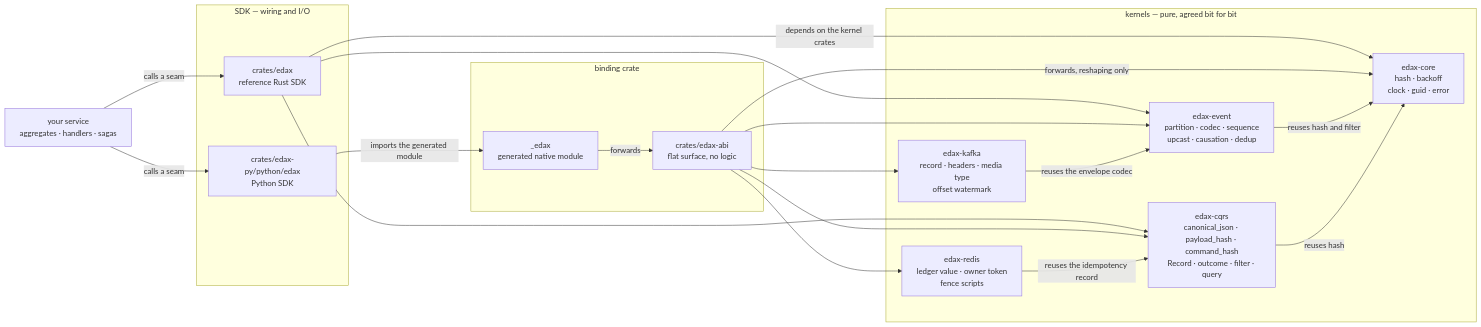
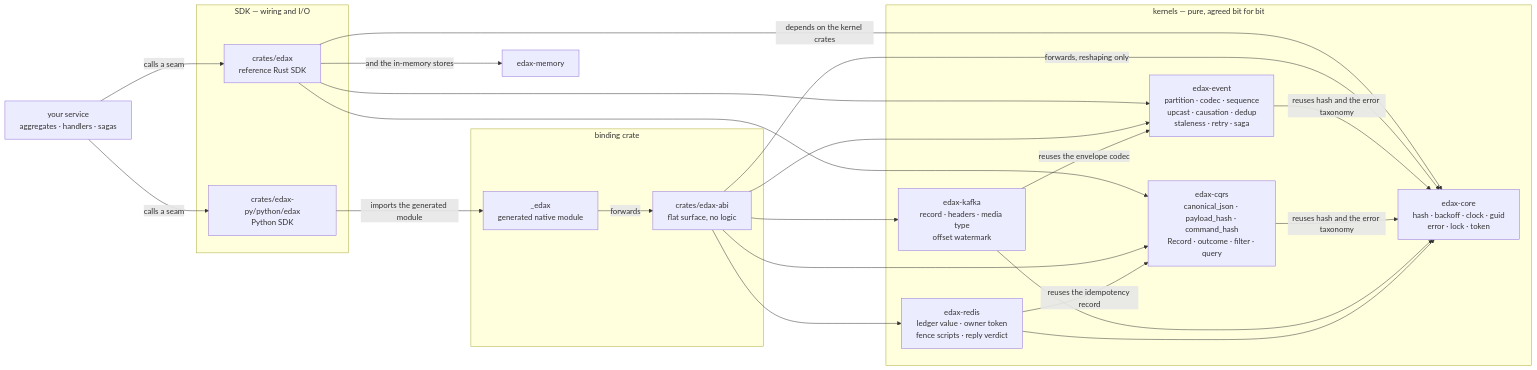
One commit to haskian/edax changed the first of 2 diagrams in docs/kernels/README.md. Above: the diagram before and after it, drawn with Mermaid. The commit also changed other lines of this file and 117 other files, not shown here.

````diff
--- a/docs/kernels/README.md
+++ b/docs/kernels/README.md
@@ -10,39 +10,42 @@
 ```mermaid
 flowchart LR
     APP["your service<br/>aggregates · handlers · sagas"]
 
     subgraph sdks["SDK — wiring and I/O"]
         RS["crates/edax<br/>reference Rust SDK"]
         PY["crates/edax-py/python/edax<br/>Python SDK"]
     end
 
     subgraph binding["binding crate"]
         ABI["crates/edax-abi<br/>flat surface, no logic"]
         NAT["_edax<br/>generated native module"]
     end
 
     subgraph kernels["kernels — pure, agreed bit for bit"]
-        CORE["edax-core<br/>hash · backoff<br/>clock · guid · error"]
-        EV["edax-event<br/>partition · codec · sequence<br/>upcast · causation · dedup"]
+        CORE["edax-core<br/>hash · backoff · clock · guid<br/>error · lock · token"]
+        EV["edax-event<br/>partition · codec · sequence<br/>upcast · causation · dedup<br/>staleness · retry · saga"]
         CQ["edax-cqrs<br/>canonical_json · payload_hash · command_hash<br/>Record · outcome · filter · query"]
         KAF["edax-kafka<br/>record · headers · media type<br/>offset watermark"]
-        RED["edax-redis<br/>ledger value · owner token<br/>fence scripts"]
+        RED["edax-redis<br/>ledger value · owner token<br/>fence scripts · reply verdict"]
     end
 
     APP -->|"calls a seam"| RS
     APP -->|"calls a seam"| PY
     RS -->|"depends on the kernel crates"| CORE
     RS --> EV
     RS --> CQ
+    RS -->|"and the in-memory stores"| MEM["edax-memory"]
     PY -->|"imports the generated module"| NAT
     NAT -->|"forwards"| ABI
     ABI -->|"forwards, reshaping only"| CORE
     ABI --> EV
     ABI --> CQ
     ABI --> KAF
     ABI --> RED
-    EV -->|"reuses hash and filter"| CORE
-    CQ -->|"reuses hash"| CORE
+    EV -->|"reuses hash and the error taxonomy"| CORE
+    CQ -->|"reuses hash and the error taxonomy"| CORE
     KAF -->|"reuses the envelope codec"| EV
+    KAF --> CORE
     RED -->|"reuses the idempotency record"| CQ
+    RED --> CORE
 ```
````
